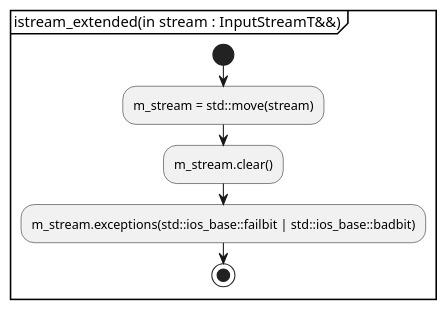
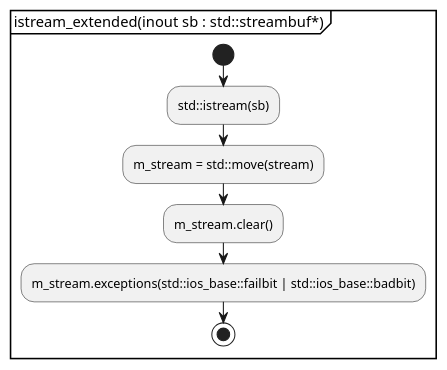
Before and after one commit to KodaiYM/PDFReader: the first of 12 diagrams in document/document_reader/object_parser/tokenizer/istream_extended/istream_extended.activity.pu, drawn with PlantUML. The commit also changed 20 other files, not shown here.

Commit message:
ipdfstream と std::istream の間を継承関係で設計し直した

```diff
--- a/document/document_reader/object_parser/tokenizer/istream_extended/istream_extended.activity.pu
+++ b/document/document_reader/object_parser/tokenizer/istream_extended/istream_extended.activity.pu
@@ -1,9 +1,12 @@
 @startuml istream_extended
-partition "istream_extended(in stream : InputStreamT&&)" {
+partition "istream_extended(inout sb : std::streambuf*)" {
 start
+	:std::istream(sb);
+
+	' 以下の処理は、ipdffstream とか ipdfstringstream の責任に変わった
 	:m_stream = std::move(stream);
 	:m_stream.clear();
 	:m_stream.exceptions(std::ios_base::failbit | std::ios_base::badbit);
 stop
 }
 @enduml
```
